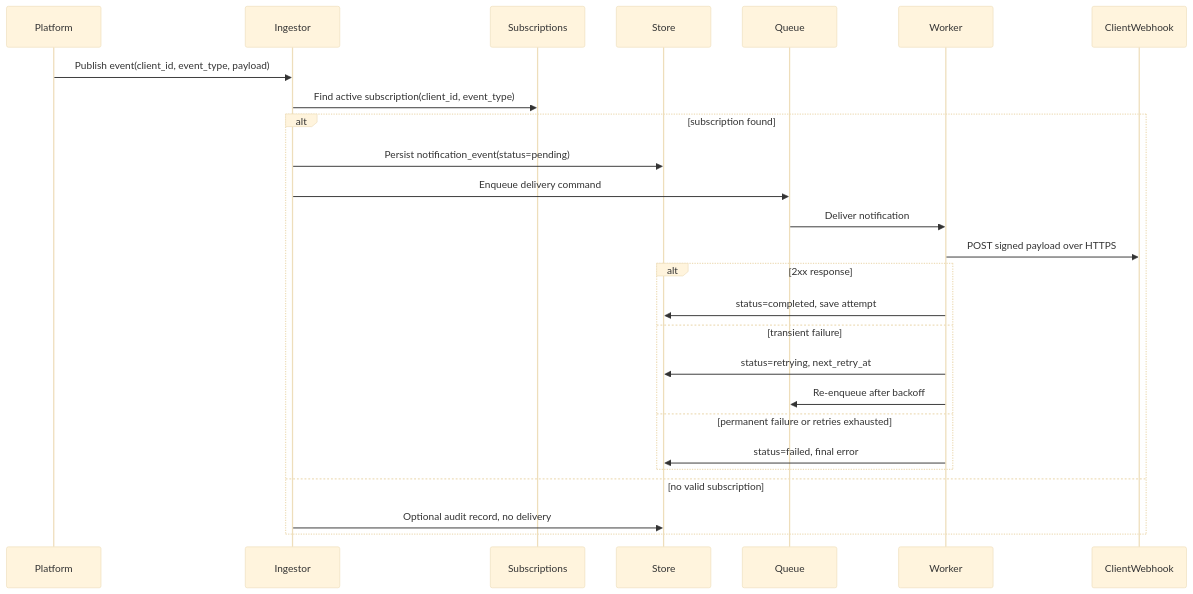
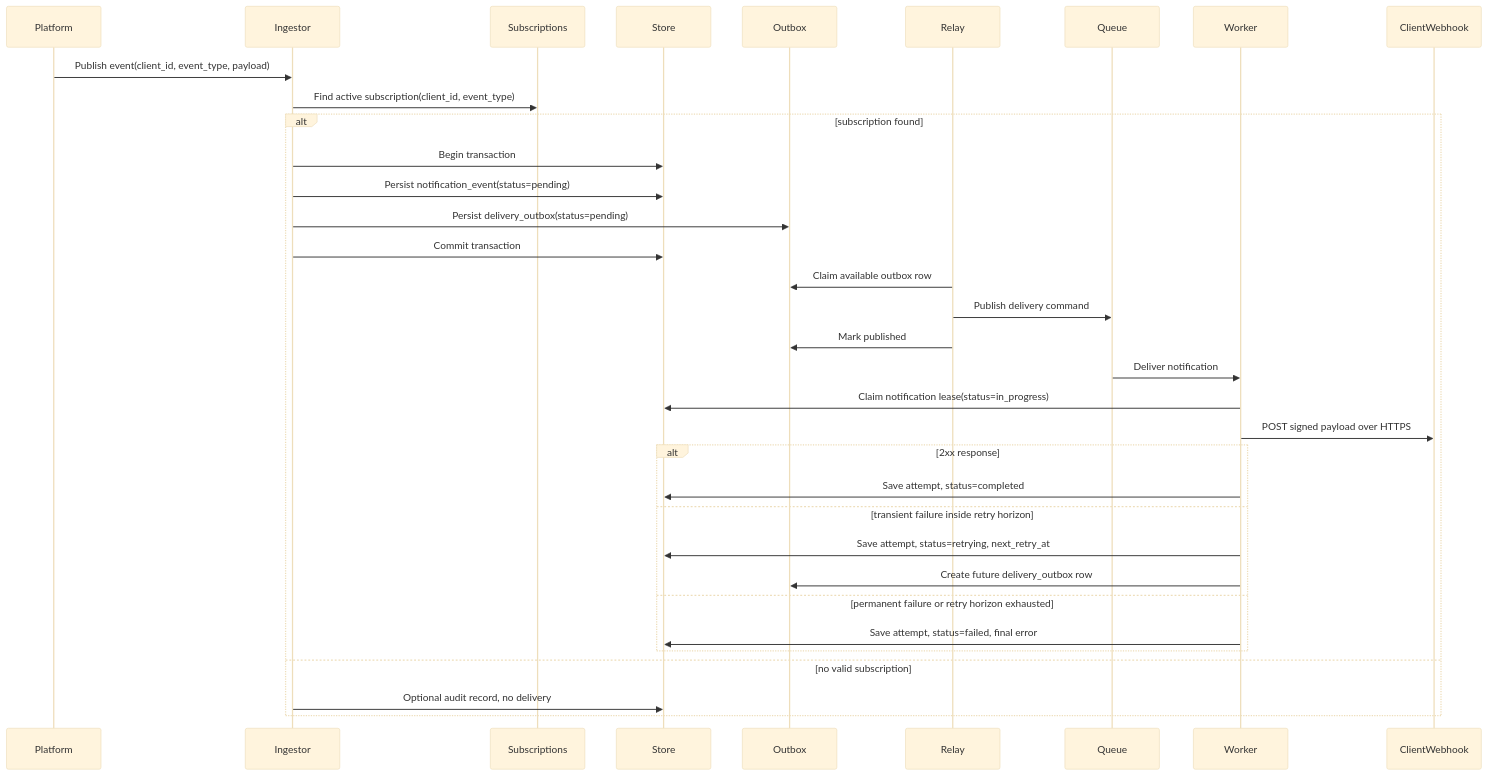
The third of 3 diagrams in docs/system-design.md (alfredoporto/cobre), drawn with Mermaid (base theme) before and after one commit. The commit also changed other lines of this file and 2 other files, not shown here.

Commit message:
docs: address notification design feedback

````diff
--- a/docs/system-design.md
+++ b/docs/system-design.md
@@ -79,29 +123,37 @@
 ```mermaid
 sequenceDiagram
     participant Platform
     participant Ingestor
     participant Subscriptions
     participant Store
+    participant Outbox
+    participant Relay
     participant Queue
     participant Worker
     participant ClientWebhook
 
     Platform->>Ingestor: Publish event(client_id, event_type, payload)
     Ingestor->>Subscriptions: Find active subscription(client_id, event_type)
     alt subscription found
+        Ingestor->>Store: Begin transaction
         Ingestor->>Store: Persist notification_event(status=pending)
-        Ingestor->>Queue: Enqueue delivery command
+        Ingestor->>Outbox: Persist delivery_outbox(status=pending)
+        Ingestor->>Store: Commit transaction
+        Relay->>Outbox: Claim available outbox row
+        Relay->>Queue: Publish delivery command
+        Relay->>Outbox: Mark published
         Queue->>Worker: Deliver notification
+        Worker->>Store: Claim notification lease(status=in_progress)
         Worker->>ClientWebhook: POST signed payload over HTTPS
         alt 2xx response
-            Worker->>Store: status=completed, save attempt
-        else transient failure
-            Worker->>Store: status=retrying, next_retry_at
-            Worker->>Queue: Re-enqueue after backoff
-        else permanent failure or retries exhausted
-            Worker->>Store: status=failed, final error
+            Worker->>Store: Save attempt, status=completed
+        else transient failure inside retry horizon
+            Worker->>Store: Save attempt, status=retrying, next_retry_at
+            Worker->>Outbox: Create future delivery_outbox row
+        else permanent failure or retry horizon exhausted
+            Worker->>Store: Save attempt, status=failed, final error
         end
     else no valid subscription
         Ingestor->>Store: Optional audit record, no delivery
     end
 ```
````
